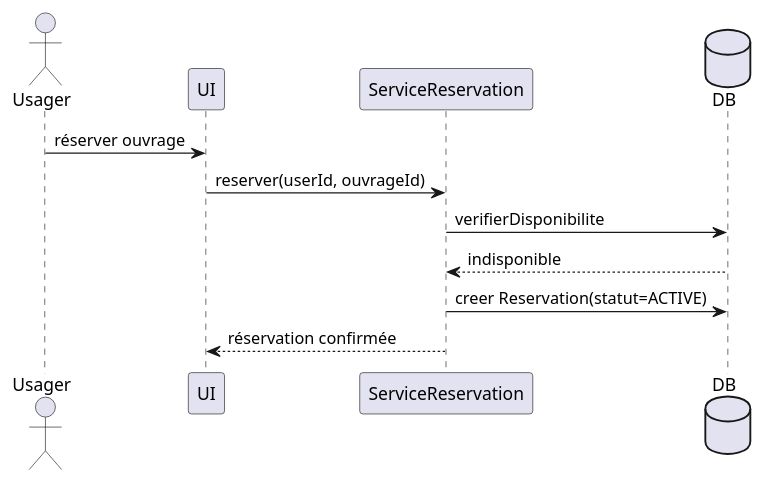
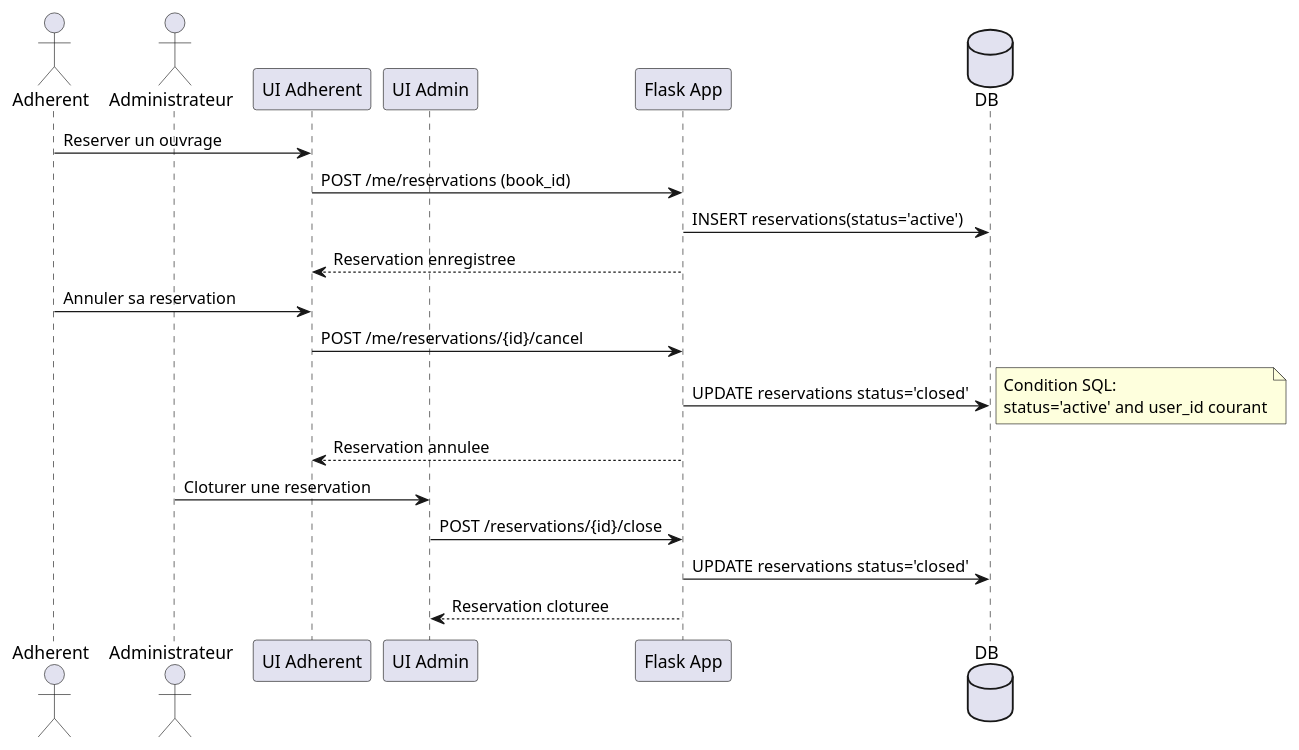
The diagram in diagrams/sequence_reservation.puml (JunRoot29/Gestion-d-une-Bibliotheque), drawn with PlantUML before and after one commit. The commit also changed 16 other files, not shown here.

```diff
--- a/diagrams/sequence_reservation.puml
+++ b/diagrams/sequence_reservation.puml
@@ -1,13 +1,27 @@
 @startuml
-actor Usager
-participant UI
-participant "ServiceReservation" as S
+actor Adherent
+actor Administrateur
+participant "UI Adherent" as UUI
+participant "UI Admin" as AUI
+participant "Flask App" as APP
 database DB
 
-Usager -> UI : réserver ouvrage
-UI -> S : reserver(userId, ouvrageId)
-S -> DB : verifierDisponibilite
-DB --> S : indisponible
-S -> DB : creer Reservation(statut=ACTIVE)
-S --> UI : réservation confirmée
+Adherent -> UUI : Reserver un ouvrage
+UUI -> APP : POST /me/reservations (book_id)
+APP -> DB : INSERT reservations(status='active')
+APP --> UUI : Reservation enregistree
+
+Adherent -> UUI : Annuler sa reservation
+UUI -> APP : POST /me/reservations/{id}/cancel
+APP -> DB : UPDATE reservations status='closed'
+note right
+Condition SQL:
+status='active' and user_id courant
+end note
+APP --> UUI : Reservation annulee
+
+Administrateur -> AUI : Cloturer une reservation
+AUI -> APP : POST /reservations/{id}/close
+APP -> DB : UPDATE reservations status='closed'
+APP --> AUI : Reservation cloturee
 @enduml
```
